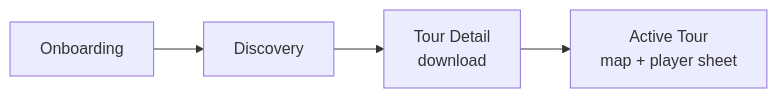
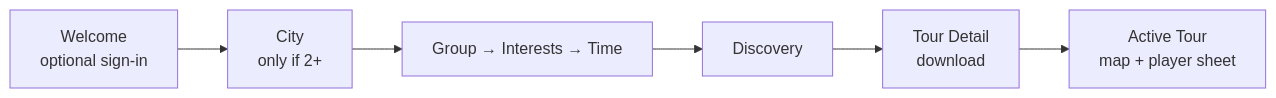
One commit to dyosef78/audio-tour-app changed the fourth of 5 diagrams in docs/ARCHITECTURE.md. Above: the diagram before and after it, drawn with Mermaid. The commit also changed other lines of this file and 25 other files, not shown here.

First line of the commit message:
TASK-1101: onboarding flow UI and cities

````diff
--- a/docs/ARCHITECTURE.md
+++ b/docs/ARCHITECTURE.md
@@ -344,4 +350,4 @@
 ```mermaid
 flowchart LR
-  Onboarding --> Discovery --> Detail[Tour Detail<br/>download] --> Active[Active Tour<br/>map + player sheet]
+  Welcome[Welcome<br/>optional sign-in] --> City[City<br/>only if 2+] --> Prefs[Group → Interests → Time] --> Discovery --> Detail[Tour Detail<br/>download] --> Active[Active Tour<br/>map + player sheet]
 ```
````
